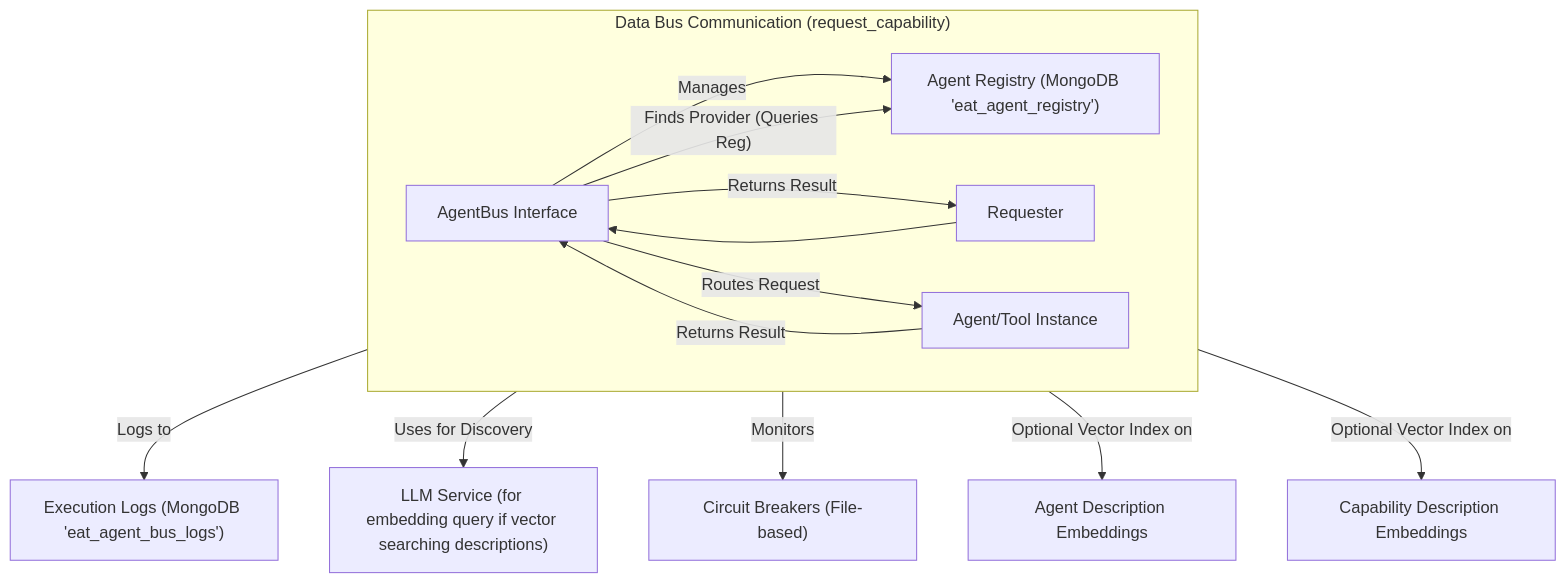
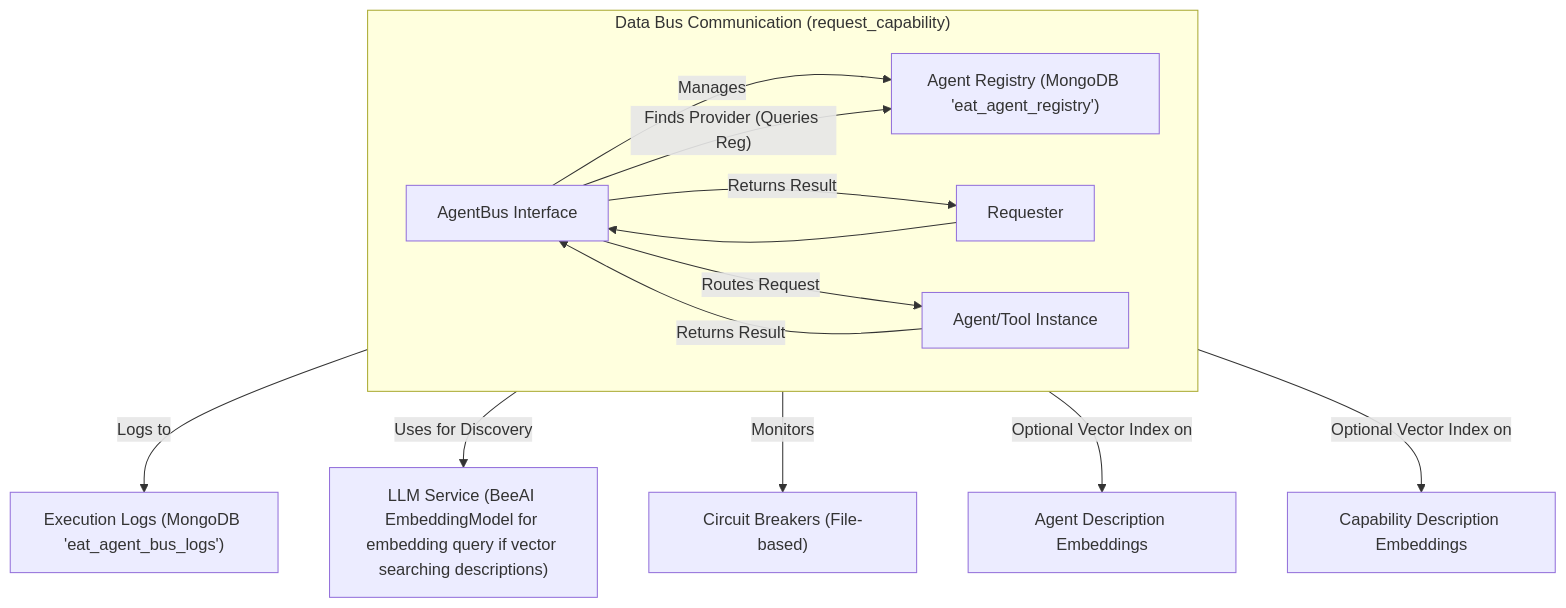
One commit to matiasmolinas/evolving-agents changed the third of 5 diagrams in docs/ARCHITECTURE.md. Above: the diagram before and after it, drawn with Mermaid. The commit also changed other lines of this file and 11 other files, not shown here.

````diff
--- a/docs/ARCHITECTURE.md
+++ b/docs/ARCHITECTURE.md
@@ -203,19 +205,19 @@
 ```mermaid
 graph TD
     SABI["AgentBus Interface"] -->|Manages| Reg["Agent Registry (MongoDB 'eat_agent_registry')"]
     SABI -->|Logs to| ExecLogs["Execution Logs (MongoDB 'eat_agent_bus_logs')"]
-    SABI -->|Uses for Discovery| LLMSBus["LLM Service (for embedding query if vector searching descriptions)"]
+    SABI -->|Uses for Discovery| LLMSBus["LLM Service (BeeAI EmbeddingModel for embedding query if vector searching descriptions)"]
     SABI -->|Monitors| CB["Circuit Breakers (File-based)"]
 
     Reg -- Optional Vector Index on --> AgentDescEmbeds["Agent Description Embeddings"]
     Reg -- Optional Vector Index on --> CapEmbeds["Capability Description Embeddings"]
 
     subgraph "Data Bus Communication (request_capability)"
         direction LR
         Requester --> SABI
         SABI -->|"Finds Provider (Queries Reg)"| Reg 
         SABI -->|"Routes Request"| Provider["Agent/Tool Instance"]
         Provider -->|"Returns Result"| SABI
         SABI -->|"Returns Result"| Requester
     end
 ```
````
